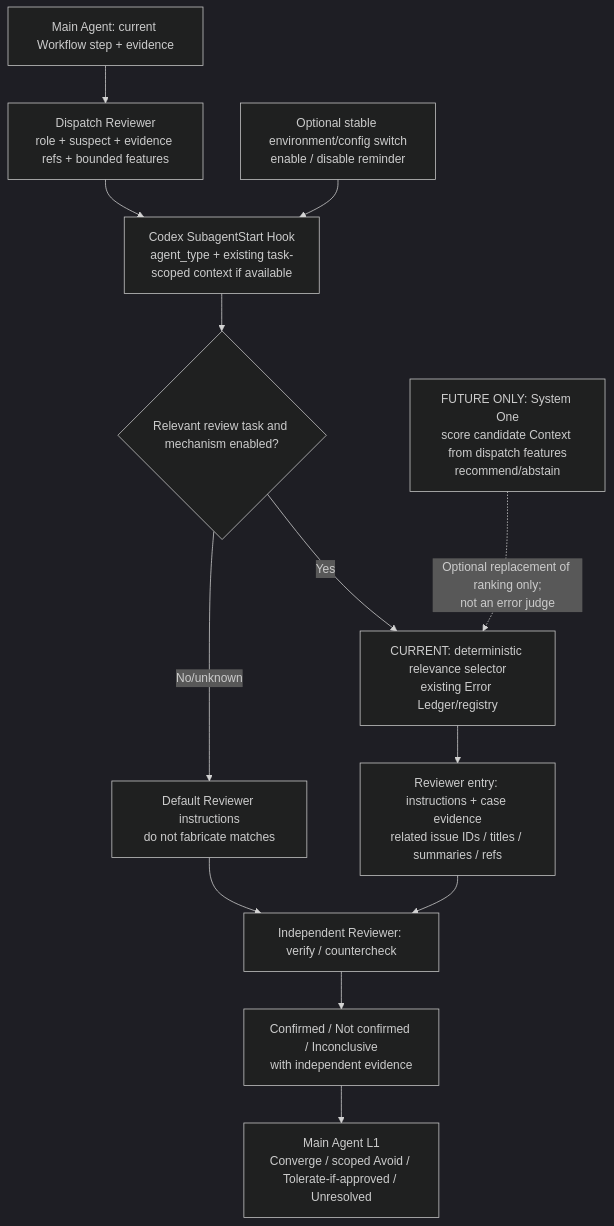
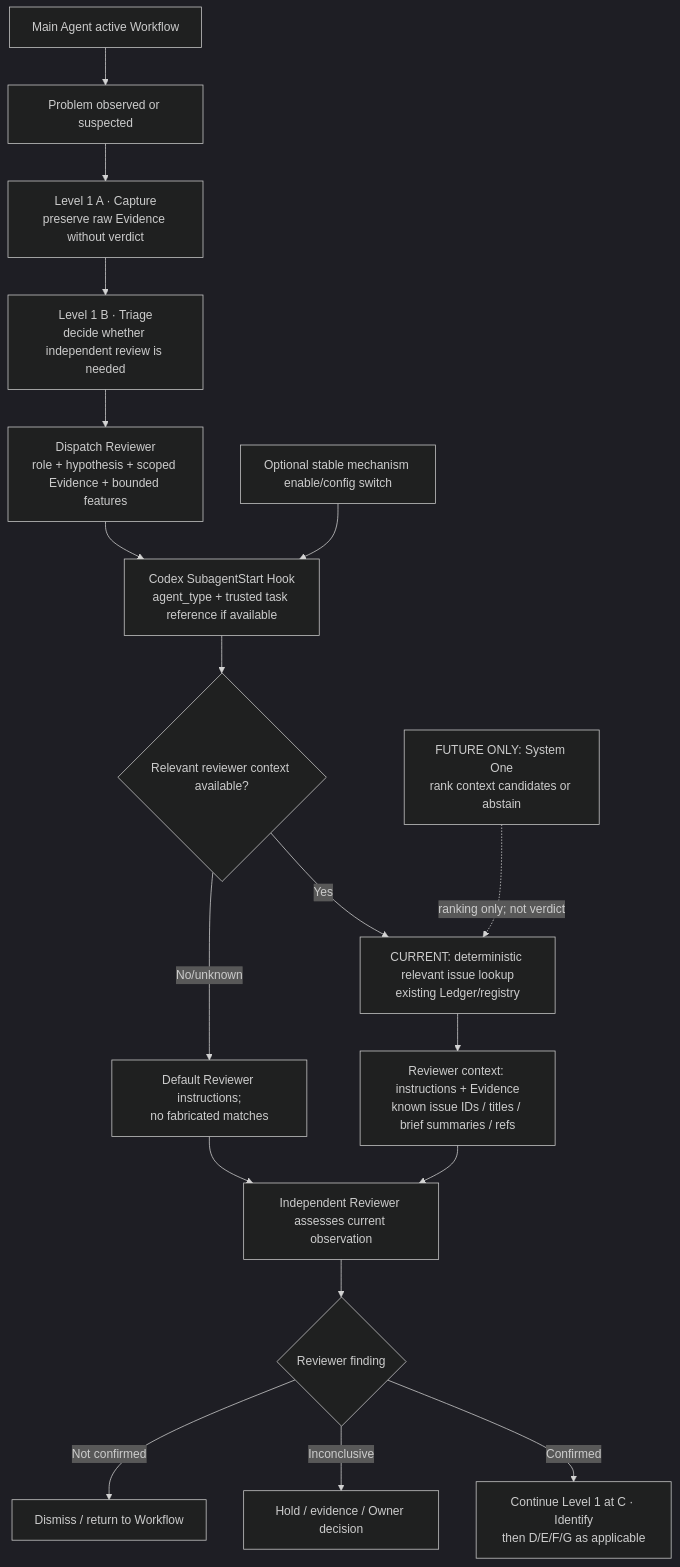
Before and after one commit to dyphn1/Harness-everything: the first of 3 diagrams in docs/discussions/error-hook-framework/codex.md, drawn with Mermaid (dark theme). The commit also changed other lines of this file, not shown here.

Commit message:
docs(hooks): align Codex diagrams with Capture, Reviewer-in-Triage and Level 2 local correction (#439)

````diff
--- a/docs/discussions/error-hook-framework/codex.md
+++ b/docs/discussions/error-hook-framework/codex.md
@@ -17,15 +17,20 @@
 ```mermaid
 flowchart TD
-    M["Main Agent: current Workflow step + evidence"] --> DP["Dispatch Reviewer<br/>role + suspect + evidence refs + bounded features"]
-    DP --> HS["Codex SubagentStart Hook<br/>agent_type + existing task-scoped context if available"]
-    ENV["Optional stable environment/config switch<br/>enable / disable reminder"] --> HS
-    HS --> MATCH{"Relevant review task and mechanism enabled?"}
-    MATCH -->|No/unknown| STD["Default Reviewer instructions<br/>do not fabricate matches"]
-    MATCH -->|Yes| DET["CURRENT: deterministic relevance selector<br/>existing Error Ledger/registry"]
-    DET --> SHORT["Reviewer entry: instructions + case evidence<br/>related issue IDs / titles / summaries / refs"]
-    SHORT --> R["Independent Reviewer: verify / countercheck"]
-    STD --> R
-    F["FUTURE ONLY: System One<br/>score candidate Context from dispatch features<br/>recommend/abstain"] -. "Optional replacement of ranking only;<br/>not an error judge" .-> DET
-    R --> OUT["Confirmed / Not confirmed / Inconclusive<br/>with independent evidence"]
-    OUT --> L1["Main Agent L1<br/>Converge / scoped Avoid / Tolerate-if-approved / Unresolved"]
+    M["Main Agent active Workflow"] --> SUS["Problem observed or suspected"]
+    SUS --> A["Level 1 A · Capture<br/>preserve raw Evidence without verdict"]
+    A --> B["Level 1 B · Triage<br/>decide whether independent review is needed"]
+    B --> DP["Dispatch Reviewer<br/>role + hypothesis + scoped Evidence + bounded features"]
+    DP --> HS["Codex SubagentStart Hook<br/>agent_type + trusted task reference if available"]
+    ENV["Optional stable mechanism enable/config switch"] --> HS
+    HS --> MATCH{"Relevant reviewer context available?"}
+    MATCH -->|No/unknown| STD["Default Reviewer instructions;<br/>no fabricated matches"]
+    MATCH -->|Yes| DET["CURRENT: deterministic relevant issue lookup<br/>existing Ledger/registry"]
+    DET --> SHORT["Reviewer context: instructions + Evidence<br/>known issue IDs / titles / brief summaries / refs"]
+    STD --> R["Independent Reviewer assesses current observation"]
+    SHORT --> R
+    F["FUTURE ONLY: System One<br/>rank context candidates or abstain"] -. "ranking only; not verdict" .-> DET
+    R --> OUT{"Reviewer finding"}
+    OUT -->|Not confirmed| DIS["Dismiss / return to Workflow"]
+    OUT -->|Inconclusive| HOLD["Hold / evidence / Owner decision"]
+    OUT -->|Confirmed| C["Continue Level 1 at C · Identify<br/>then D/E/F/G as applicable"]
 ```
````
